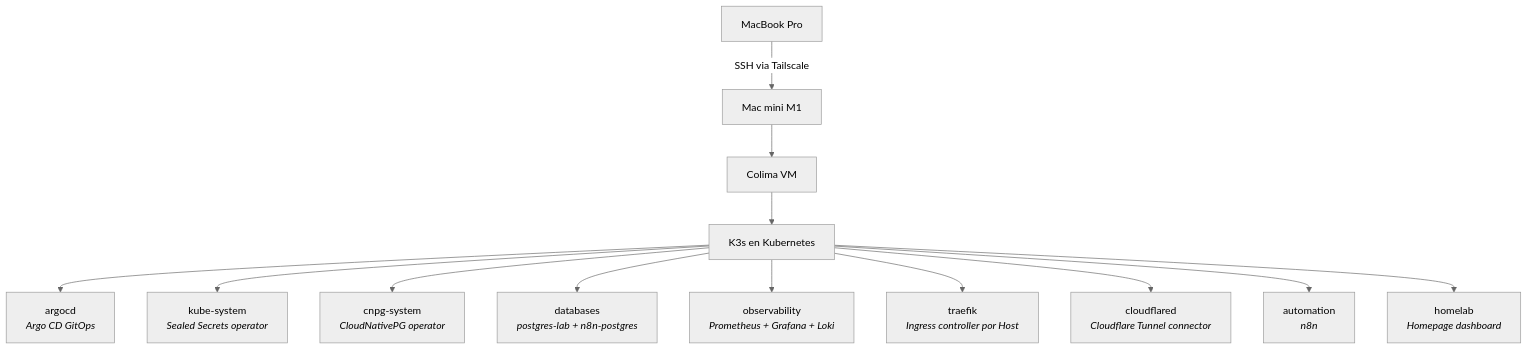
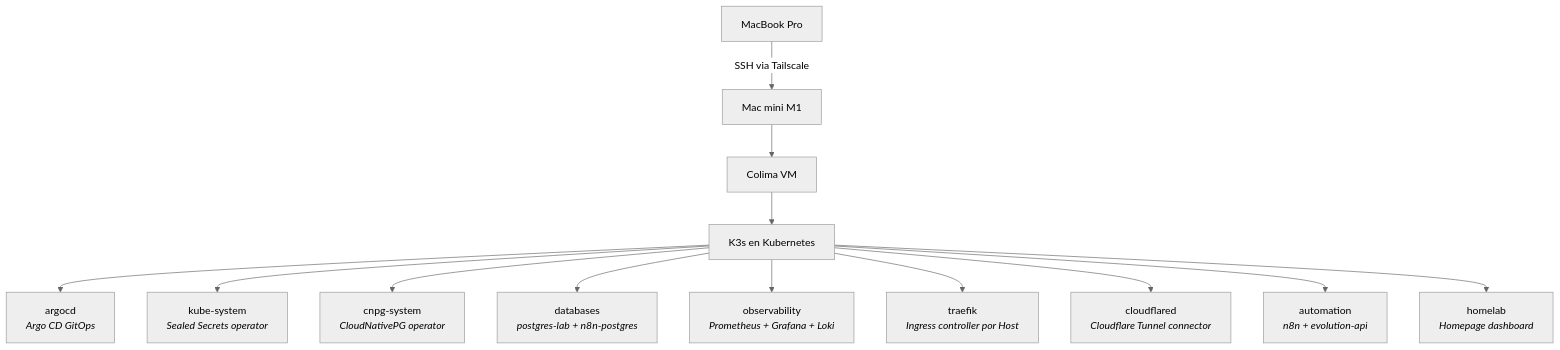
One commit to oscargicast/homelab-k8s changed the first of 2 diagrams in README.md. Above: the diagram before and after it, drawn with Mermaid (neutral theme). The commit also changed other lines of this file and 2 other files, not shown here.

First line of the commit message:
docs: documentar Evolution API + lessons learned post-debugging

````diff
--- a/README.md
+++ b/README.md
@@ -7,17 +7,17 @@
 ```mermaid
 graph TD
     MBP[MacBook Pro]
     MBP -->|SSH via Tailscale| MM[Mac mini M1]
     MM --> COL[Colima VM]
     COL --> K8S[K3s en Kubernetes]
 
     K8S --> NS_ARGOCD[argocd<br/><i>Argo CD GitOps</i>]
     K8S --> NS_KS[kube-system<br/><i>Sealed Secrets operator</i>]
     K8S --> NS_CNPG[cnpg-system<br/><i>CloudNativePG operator</i>]
     K8S --> NS_DB[databases<br/><i>postgres-lab + n8n-postgres</i>]
     K8S --> NS_OBS[observability<br/><i>Prometheus + Grafana + Loki</i>]
     K8S --> NS_TRA[traefik<br/><i>Ingress controller por Host</i>]
     K8S --> NS_CFD[cloudflared<br/><i>Cloudflare Tunnel connector</i>]
-    K8S --> NS_AUT[automation<br/><i>n8n</i>]
+    K8S --> NS_AUT[automation<br/><i>n8n + evolution-api</i>]
     K8S --> NS_HL[homelab<br/><i>Homepage dashboard</i>]
 ```
````
